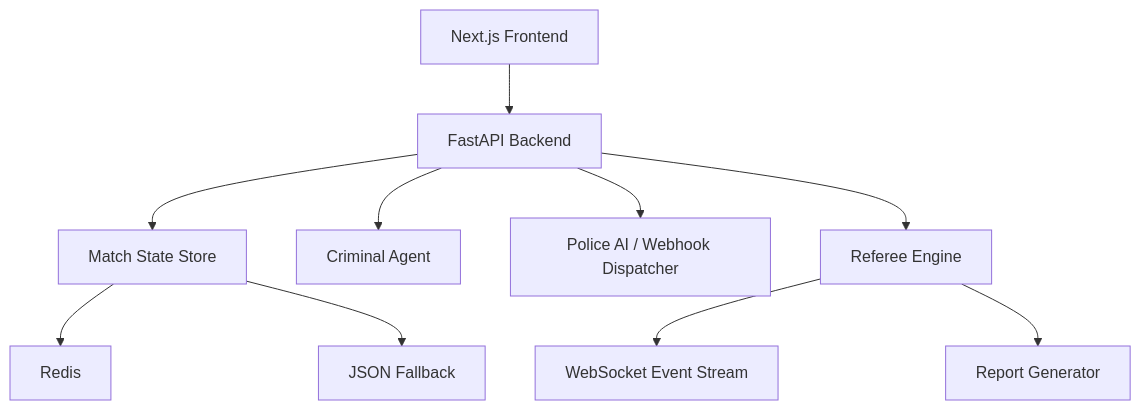
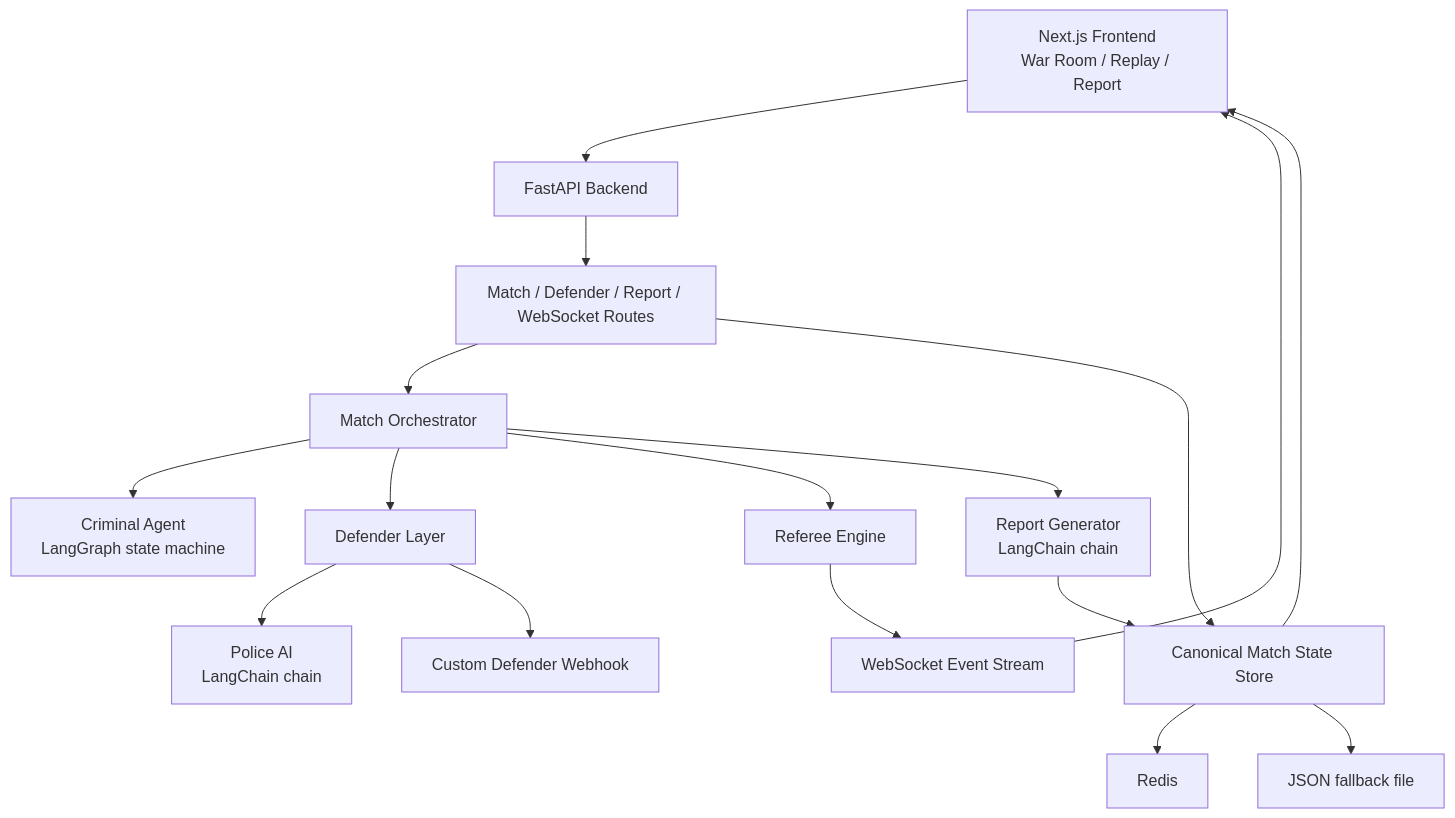
Before and after one commit to Dimural/Ghost-Protocol: the third of 8 diagrams in README.md, drawn with Mermaid. The commit also changed other lines of this file, not shown here.

````diff
--- a/README.md
+++ b/README.md
@@ -182,12 +190,19 @@
 ```mermaid
 flowchart TD
-  A["Next.js Frontend"] --> B["FastAPI Backend"]
-  B --> C["Match State Store"]
-  B --> D["Criminal Agent"]
-  B --> E["Police AI / Webhook Dispatcher"]
-  B --> F["Referee Engine"]
-  F --> G["WebSocket Event Stream"]
-  F --> H["Report Generator"]
-  C --> I["Redis"]
-  C --> J["JSON Fallback"]
+  UI["Next.js Frontend<br/>War Room / Replay / Report"] --> API["FastAPI Backend"]
+  API --> ROUTES["Match / Defender / Report / WebSocket Routes"]
+  ROUTES --> ORCH["Match Orchestrator"]
+  ROUTES --> STORE["Canonical Match State Store"]
+  ORCH --> CRIM["Criminal Agent<br/>LangGraph state machine"]
+  ORCH --> DEF["Defender Layer"]
+  DEF --> POLICE["Police AI<br/>LangChain chain"]
+  DEF --> WEBHOOK["Custom Defender Webhook"]
+  ORCH --> REF["Referee Engine"]
+  REF --> WS["WebSocket Event Stream"]
+  ORCH --> REPORT["Report Generator<br/>LangChain chain"]
+  STORE --> REDIS["Redis"]
+  STORE --> JSON["JSON fallback file"]
+  WS --> UI
+  REPORT --> STORE
+  STORE --> UI
 ```
````
